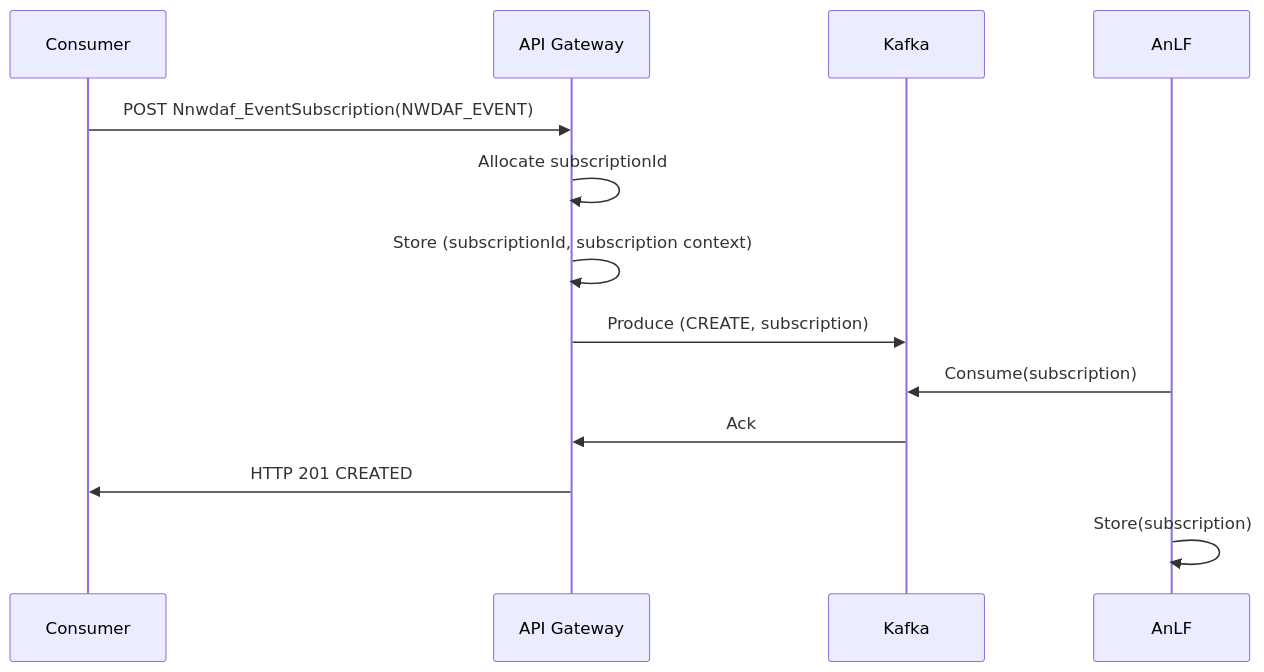
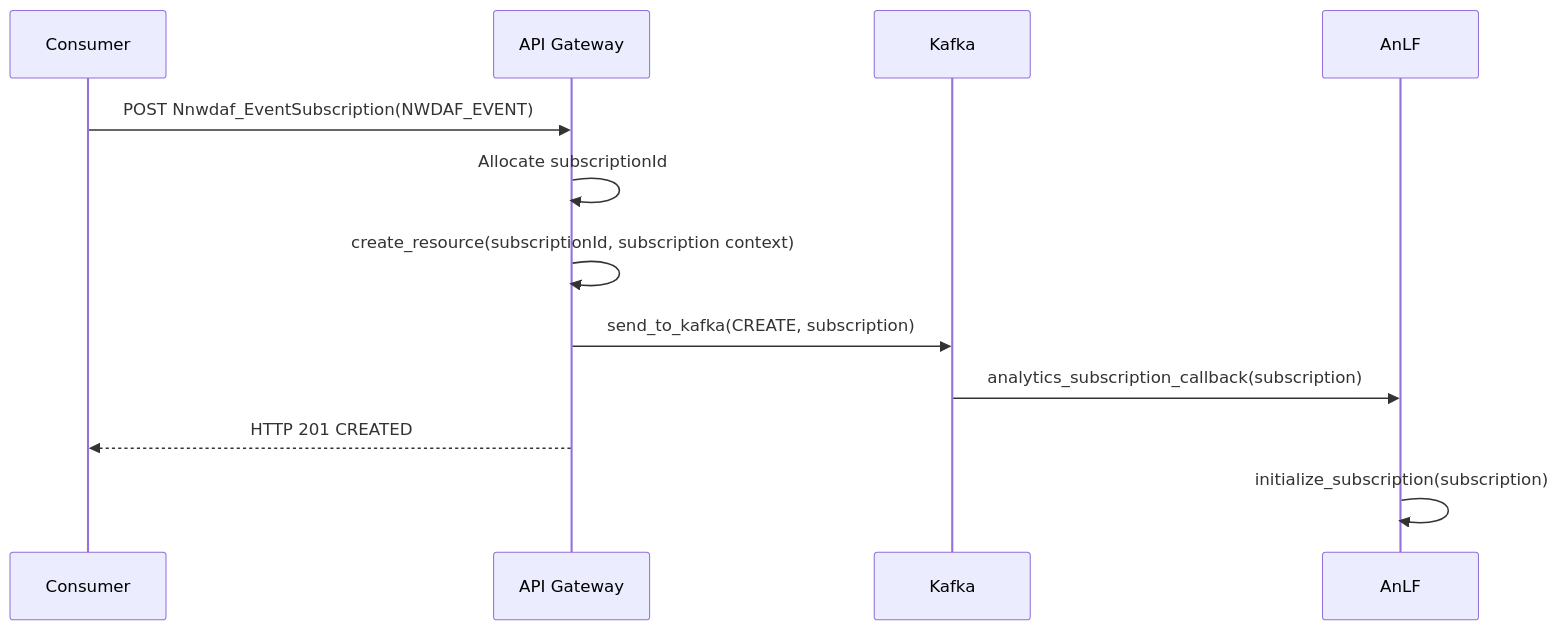
Before and after one commit to merce-fra/5G-NWDAF: the first of 6 diagrams in docs/Kafka_Topics_Specification.md, drawn with Mermaid. The commit also changed other lines of this file and 6 other files, not shown here.

````diff
--- a/docs/Kafka_Topics_Specification.md
+++ b/docs/Kafka_Topics_Specification.md
@@ -38,15 +38,14 @@
 ```mermaid
 sequenceDiagram
     participant C as Consumer
     participant AG as API Gateway
     participant K as Kafka
     participant AN as AnLF
     C ->> AG: POST Nnwdaf_EventSubscription(NWDAF_EVENT)
     AG ->> AG: Allocate subscriptionId
-    AG ->> AG: Store (subscriptionId, subscription context)
-    AG ->> K: Produce (CREATE, subscription)
-    AN ->> K: Consume(subscription)
-    K ->> AG: Ack
-    AG ->> C: HTTP 201 CREATED
-    AN ->> AN: Store(subscription)
+    AG ->> AG: create_resource(subscriptionId, subscription context)
+    AG ->> K: send_to_kafka(CREATE, subscription)
+    K ->>AN: analytics_subscription_callback(subscription)
+    AG -->> C: HTTP 201 CREATED
+    AN ->> AN: initialize_subscription(subscription)
 ```
````
